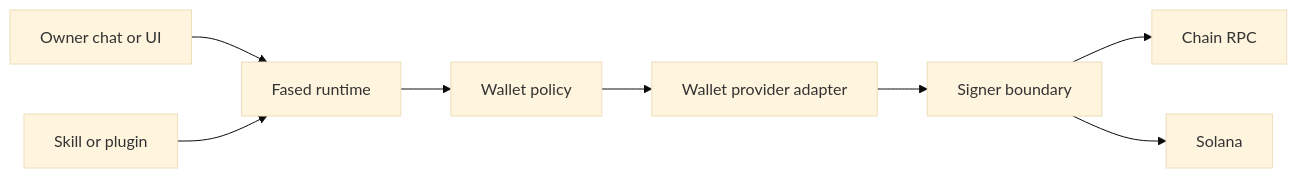
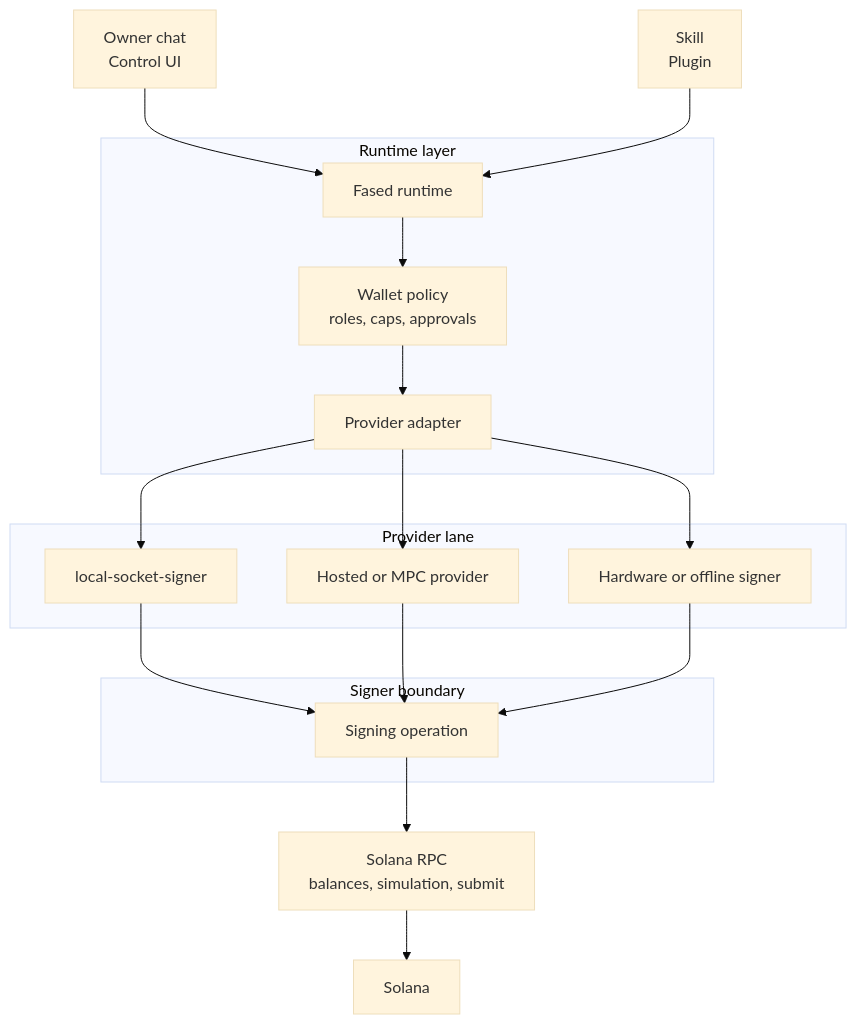
The diagram in docs/plugins/crypto/wallet-signer-provider-architecture.md (fased-ai/fased), drawn with Mermaid (base theme) before and after one commit. The commit also changed other lines of this file and 264 other files, not shown here.

````diff
--- a/docs/plugins/crypto/wallet-signer-provider-architecture.md
+++ b/docs/plugins/crypto/wallet-signer-provider-architecture.md
@@ -20,10 +20,25 @@
 ```mermaid
-flowchart LR
-    Chat[Owner chat or UI] --> Runtime[Fased runtime]
-    Skill[Skill or plugin] --> Runtime
-    Runtime --> Policy[Wallet policy]
-    Policy --> Provider[Wallet provider adapter]
-    Provider --> Signer[Signer boundary]
-    Signer --> RPC[Chain RPC]
-    Signer --> Chain[Solana]
+flowchart TD
+    Chat["Owner chat<br/>Control UI"] --> Runtime["Fased runtime"]
+    Skill["Skill<br/>Plugin"] --> Runtime
+
+    subgraph RuntimeLayer["Runtime layer"]
+      Runtime --> Policy["Wallet policy<br/>roles, caps, approvals"]
+      Policy --> Adapter["Provider adapter"]
+    end
+
+    subgraph ProviderLayer["Provider lane"]
+      Adapter --> Local["local-socket-signer"]
+      Adapter --> Hosted["Hosted or MPC provider"]
+      Adapter --> Offline["Hardware or offline signer"]
+    end
+
+    subgraph SignerLayer["Signer boundary"]
+      Local --> Sign["Signing operation"]
+      Hosted --> Sign
+      Offline --> Sign
+    end
+
+    Sign --> RPC["Solana RPC<br/>balances, simulation, submit"]
+    RPC --> Chain["Solana"]
 ```
````
